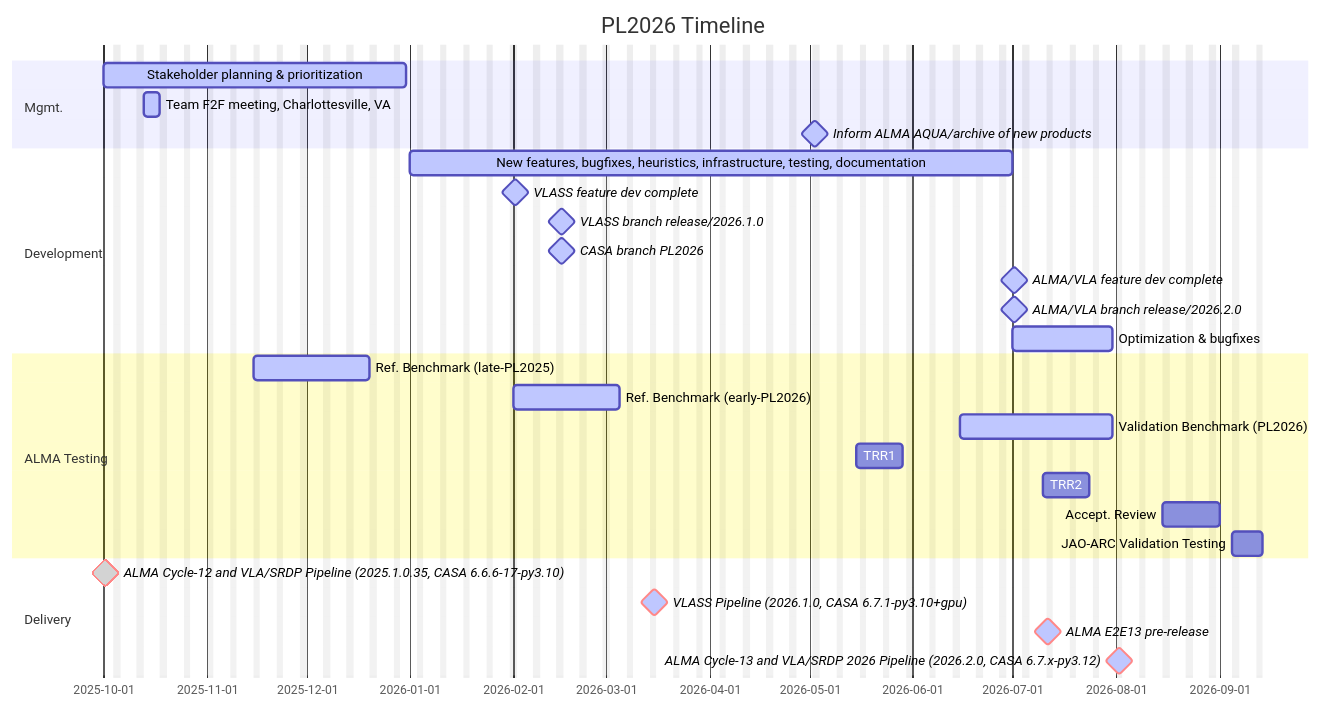
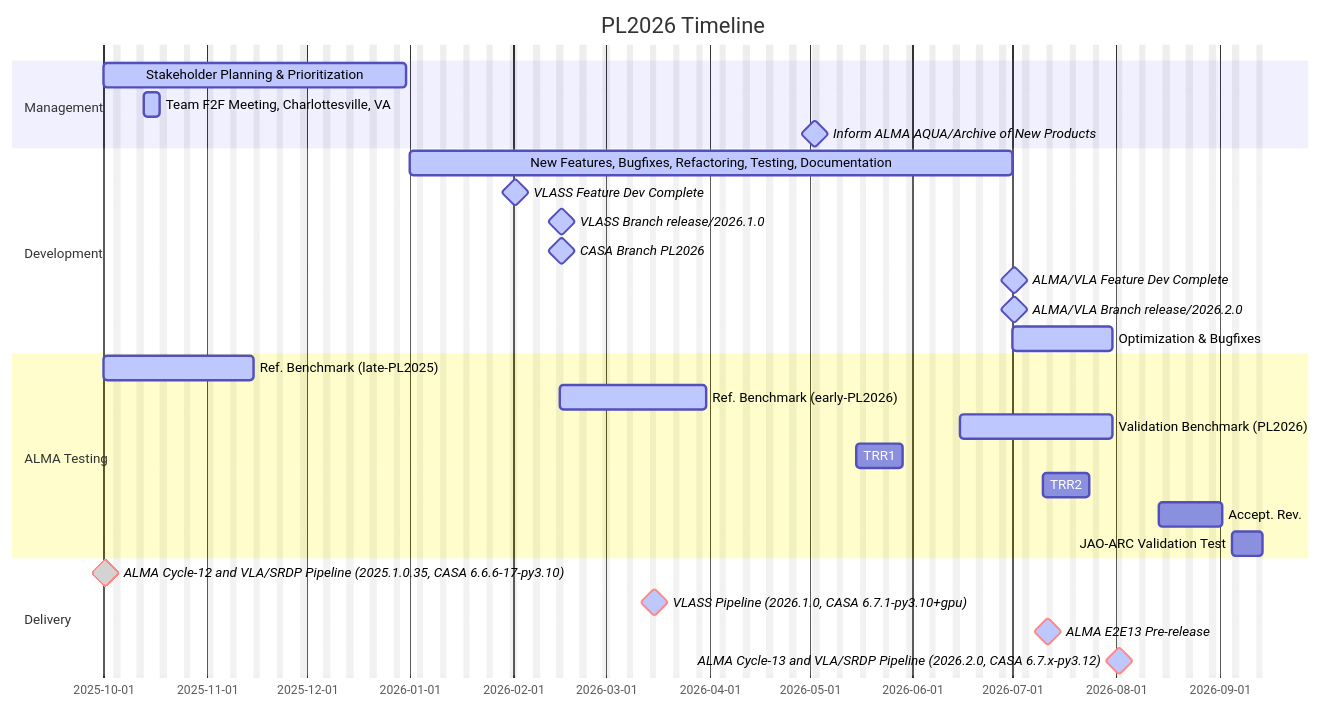
Before and after one commit to r-xue/pipeline: the first of 2 diagrams in docs/source/timeline.rst, drawn with Mermaid. The commit also changed other lines of this file, not shown here.

Commit message:
PIPE-2738: update the timeline of "late-PL2025" reference benchmark.

```diff
--- a/docs/source/timeline.rst
+++ b/docs/source/timeline.rst
@@ -4,44 +4,35 @@
 .. mermaid::
 
     gantt
         title PL2026 Timeline
         dateFormat  YYYY-MM-DD
         excludes weekends
 
-        section Mgmt.
-
-        Stakeholder planning & prioritization    :active, des1, 2025-10-01, 2025-12-31
-        Team F2F meeting, Charlottesville, VA               :active, 2025-10-13, 5d
-        Inform ALMA AQUA/archive of new products :active, milestone, 2026-05-01, 1d
+        section Management
+        Stakeholder Planning & Prioritization       :active, des1, 2025-10-01, 2025-12-31
+        Team F2F Meeting, Charlottesville, VA       :active,       2025-10-13, 5d
+        Inform ALMA AQUA/Archive of New Products    :active, milestone, 2026-05-01, 1d
 
         section Development
-
-        New features, bugfixes, heuristics, infrastructure, testing, documentation :active, 2026-01-01, 2026-07-01
-
-        VLASS feature dev complete     :active, milestone, 2026-02-01, 1d
-        VLASS branch release/2026.1.0              :active, milestone, 2026-02-15, 1d
-
-        CASA branch PL2026 :active, milestone, 2026-02-15, 1d
-
-        ALMA/VLA feature dev complete     :active, milestone, 2026-07-01, 1d
-        ALMA/VLA branch release/2026.2.0              :active, milestone, 2026-07-01, 1d
-        Optimization & bugfixes        :active, 2026-07-01, 2026-07-31
-
+        New Features, Bugfixes, Refactoring, Testing, Documentation :active,       2026-01-01, 2026-07-01
+        VLASS Feature Dev Complete            :active, milestone, 2026-02-01, 1d
+        VLASS Branch release/2026.1.0         :active, milestone, 2026-02-15, 1d
+        CASA Branch PL2026                    :active, milestone, 2026-02-15, 1d
+        ALMA/VLA Feature Dev Complete         :active, milestone, 2026-07-01, 1d
+        ALMA/VLA Branch release/2026.2.0      :active, milestone, 2026-07-01, 1d
+        Optimization & Bugfixes               :active, 2026-07-01, 2026-07-31
 
         section ALMA Testing
-
-        Ref. Benchmark (late-PL2025) :active, 2025-11-15, 2025-12-20
-        Ref. Benchmark (early-PL2026)        :active, 2026-02-01, 2026-03-05
+        Ref. Benchmark (late-PL2025)         :active, 2025-10-01, 2025-11-15
+        Ref. Benchmark (early-PL2026)        :active, 2026-02-15, 2026-03-31
         Validation Benchmark (PL2026)        :active, 2026-06-15, 2026-07-31
-
-        TRR1      :test2, 2026-05-15, 2026-05-29
-        TRR2      :test3, 2026-07-10, 2026-07-24
-        Accept. Review                 :test4, 2026-08-15, 2026-09-01
-        JAO-ARC Validation Testing           :test5, 2026-09-05, 2026-09-14
+        TRR1                                 :test2, 2026-05-15, 2026-05-29
+        TRR2                                 :test3, 2026-07-10, 2026-07-24
+        Accept. Rev.                         :test4, 2026-08-14, 2026-09-02
+        JAO-ARC Validation Test              :test5, 2026-09-05, 2026-09-14
 
         section Delivery
-
-        ALMA Cycle-12 and VLA/SRDP Pipeline (2025.1.0.35, CASA 6.6.6-17-py3.10) :done, crit, milestone, 2025-10-01, 1d
-        VLASS Pipeline (2026.1.0, CASA 6.7.1-py3.10+gpu) :active, crit, milestone, 2026-03-15, 1d
-        ALMA E2E13 pre-release :active, crit, milestone, 2026-07-10, 1d
-        ALMA Cycle-13 and VLA/SRDP 2026 Pipeline (2026.2.0, CASA 6.7.x-py3.12) :active, crit, milestone, 2026-08-01, 1d
+        ALMA Cycle-12 and VLA/SRDP Pipeline (2025.1.0.35, CASA 6.6.6-17-py3.10)  :done, crit, milestone, 2025-10-01, 1d
+        VLASS Pipeline (2026.1.0, CASA 6.7.1-py3.10+gpu)             :active, crit, milestone, 2026-03-15, 1d
+        ALMA E2E13 Pre-release                :active, crit, milestone, 2026-07-10, 1d
+        ALMA Cycle-13 and VLA/SRDP Pipeline (2026.2.0, CASA 6.7.x-py3.12)     :active, crit, milestone, 2026-08-01, 1d
```
